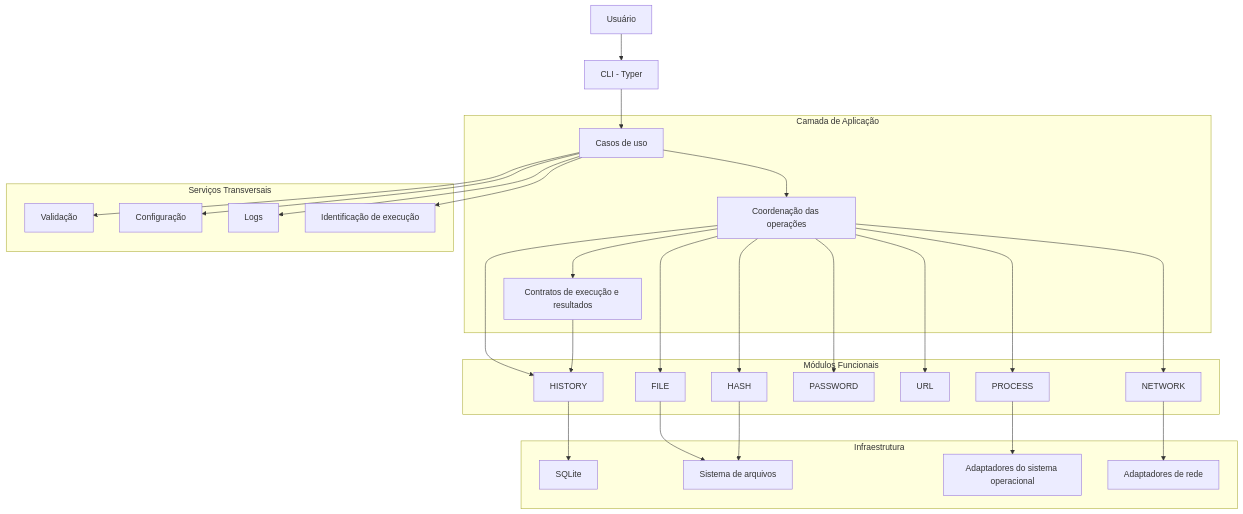
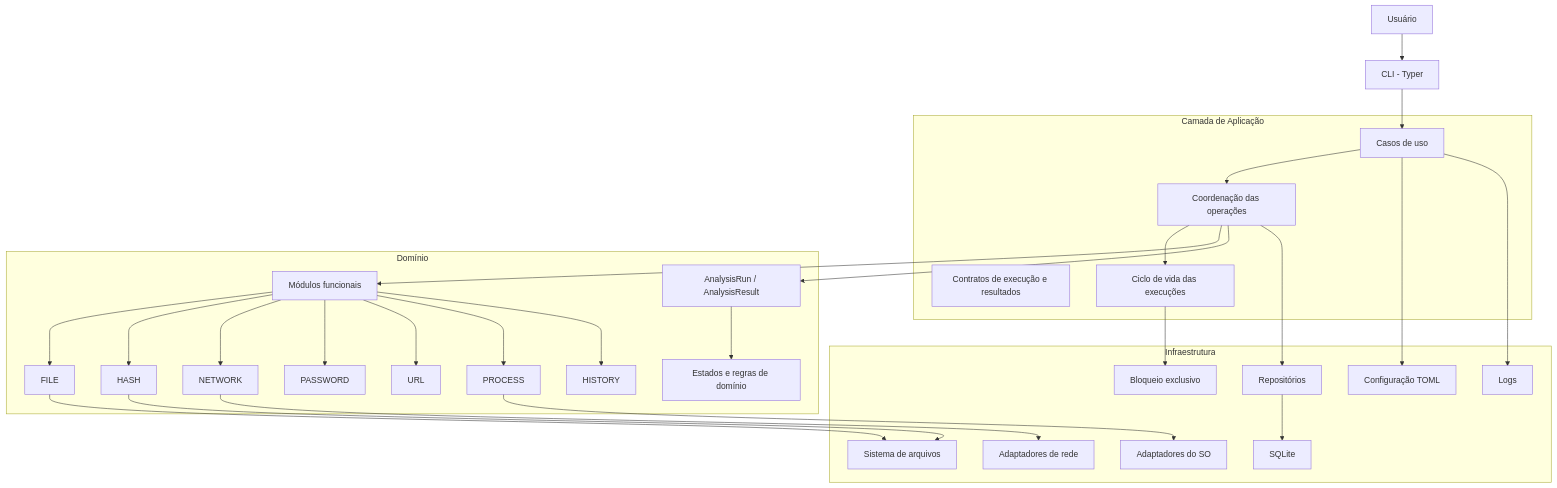
One commit to Leonardo-Campos-2007/Odyssey-AV changed the first of 3 diagrams in docs/ARQUITETURA.md. Above: the diagram before and after it, drawn with Mermaid. The commit also changed other lines of this file and 9 other files, not shown here.

````diff
--- a/docs/ARQUITETURA.md
+++ b/docs/ARQUITETURA.md
@@ -36,60 +37,62 @@
 ```mermaid
 flowchart TD
     U["Usuário"]
     CLI["CLI - Typer"]
 
     subgraph APP["Camada de Aplicação"]
         UC["Casos de uso"]
         COORD["Coordenação das operações"]
         CONTRACT["Contratos de execução e resultados"]
+        LIFECYCLE["Ciclo de vida das execuções"]
     end
 
-    subgraph DOMAIN["Módulos Funcionais"]
+    subgraph DOMAIN["Domínio"]
+        ENT["AnalysisRun / AnalysisResult"]
+        RULES["Estados e regras de domínio"]
+        MODULES["Módulos funcionais"]
         FILE["FILE"]
         HASH["HASH"]
         NETWORK["NETWORK"]
         PASSWORD["PASSWORD"]
         URL["URL"]
         PROCESS["PROCESS"]
         HISTORY["HISTORY"]
     end
 
-    subgraph SHARED["Serviços Transversais"]
-        VALID["Validação"]
-        CONFIG["Configuração"]
-        LOG["Logs"]
-        EXEC["Identificação de execução"]
-    end
-
     subgraph INFRA["Infraestrutura"]
+        REPO["Repositórios"]
         SQLITE["SQLite"]
         FS["Sistema de arquivos"]
-        OS["Adaptadores do sistema operacional"]
+        OS["Adaptadores do SO"]
         NET["Adaptadores de rede"]
+        LOCK["Bloqueio exclusivo"]
+        CONFIG["Configuração TOML"]
+        LOG["Logs"]
     end
 
     U --> CLI
     CLI --> UC
     UC --> COORD
-    COORD --> CONTRACT
-    COORD --> FILE
-    COORD --> HASH
-    COORD --> NETWORK
-    COORD --> PASSWORD
-    COORD --> URL
-    COORD --> PROCESS
-    COORD --> HISTORY
+    COORD --> LIFECYCLE
+    COORD --> MODULES
+    MODULES --> FILE
+    MODULES --> HASH
+    MODULES --> NETWORK
+    MODULES --> PASSWORD
+    MODULES --> URL
+    MODULES --> PROCESS
+    MODULES --> HISTORY
 
     FILE --> FS
     HASH --> FS
     PROCESS --> OS
     NETWORK --> NET
-    HISTORY --> SQLITE
 
-    UC --> VALID
+    COORD --> ENT
+    ENT --> RULES
+    COORD --> REPO
+    REPO --> SQLITE
+    LIFECYCLE --> LOCK
     UC --> CONFIG
     UC --> LOG
-    UC --> EXEC
-
-    CONTRACT --> HISTORY
 ```
````
